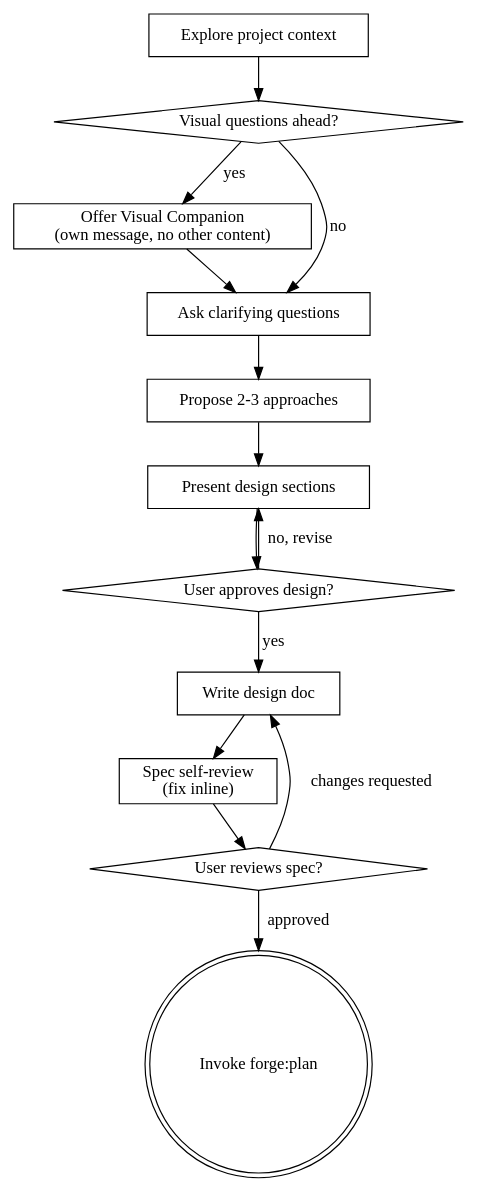
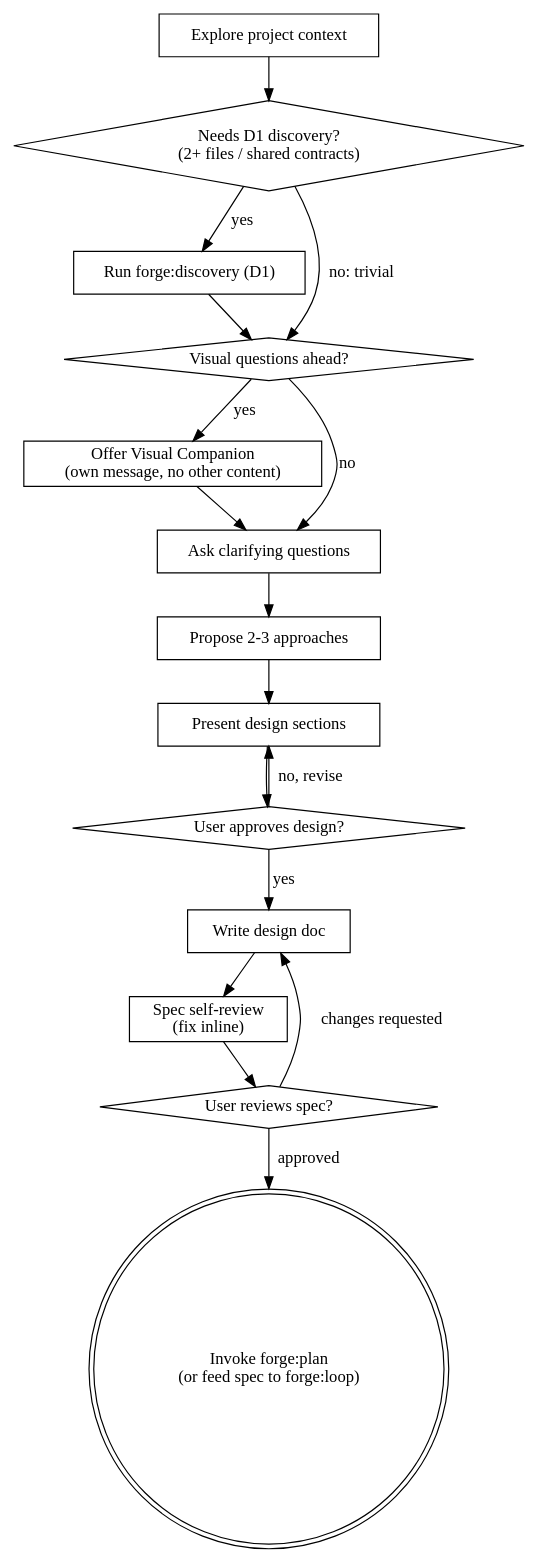
One commit to JochenYang/open-agent changed the diagram in .opencode/forge-skills/brainstorm/SKILL.md. Above: the diagram before and after it, drawn with Graphviz. The commit also changed other lines of this file and 7 other files, not shown here.

````diff
--- a/.opencode/forge-skills/brainstorm/SKILL.md
+++ b/.opencode/forge-skills/brainstorm/SKILL.md
@@ -43,29 +47,34 @@
 ```dot
 digraph brainstorm {
     "Explore project context" [shape=box];
+    "Needs D1 discovery?\n(2+ files / shared contracts)" [shape=diamond];
+    "Run forge:discovery (D1)" [shape=box];
     "Visual questions ahead?" [shape=diamond];
     "Offer Visual Companion\n(own message, no other content)" [shape=box];
     "Ask clarifying questions" [shape=box];
     "Propose 2-3 approaches" [shape=box];
     "Present design sections" [shape=box];
     "User approves design?" [shape=diamond];
     "Write design doc" [shape=box];
     "Spec self-review\n(fix inline)" [shape=box];
     "User reviews spec?" [shape=diamond];
-    "Invoke forge:plan" [shape=doublecircle];
+    "Invoke forge:plan\n(or feed spec to forge:loop)" [shape=doublecircle];
 
-    "Explore project context" -> "Visual questions ahead?";
+    "Explore project context" -> "Needs D1 discovery?\n(2+ files / shared contracts)";
+    "Needs D1 discovery?\n(2+ files / shared contracts)" -> "Run forge:discovery (D1)" [label="yes"];
+    "Needs D1 discovery?\n(2+ files / shared contracts)" -> "Visual questions ahead?" [label="no: trivial"];
+    "Run forge:discovery (D1)" -> "Visual questions ahead?";
     "Visual questions ahead?" -> "Offer Visual Companion\n(own message, no other content)" [label="yes"];
     "Visual questions ahead?" -> "Ask clarifying questions" [label="no"];
     "Offer Visual Companion\n(own message, no other content)" -> "Ask clarifying questions";
     "Ask clarifying questions" -> "Propose 2-3 approaches";
     "Propose 2-3 approaches" -> "Present design sections";
     "Present design sections" -> "User approves design?";
     "User approves design?" -> "Present design sections" [label="no, revise"];
     "User approves design?" -> "Write design doc" [label="yes"];
     "Write design doc" -> "Spec self-review\n(fix inline)";
     "Spec self-review\n(fix inline)" -> "User reviews spec?";
     "User reviews spec?" -> "Write design doc" [label="changes requested"];
-    "User reviews spec?" -> "Invoke forge:plan" [label="approved"];
+    "User reviews spec?" -> "Invoke forge:plan\n(or feed spec to forge:loop)" [label="approved"];
 }
 ```
````
